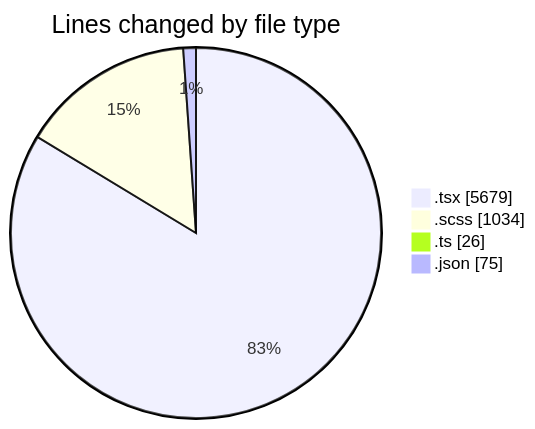
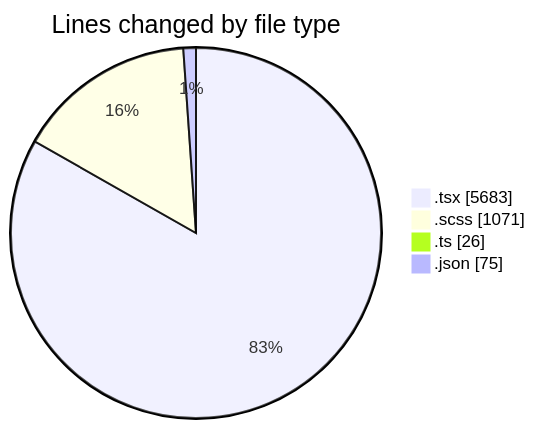
One commit to momahboobian/code-tracking changed the first of 2 diagrams in 2025-04-09/cda/README.md. Above: the diagram before and after it, drawn with Mermaid. The commit also changed other lines of this file and 1 other file, not shown here.

````diff
--- a/2025-04-09/cda/README.md
+++ b/2025-04-09/cda/README.md
@@ -43,8 +43,8 @@
 ```mermaid
 pie showData
 title Lines changed by file type
-".tsx" : 5679
-".scss" : 1034
+".tsx" : 5683
+".scss" : 1071
 ".ts" : 26
 ".json" : 75
 ```
````
